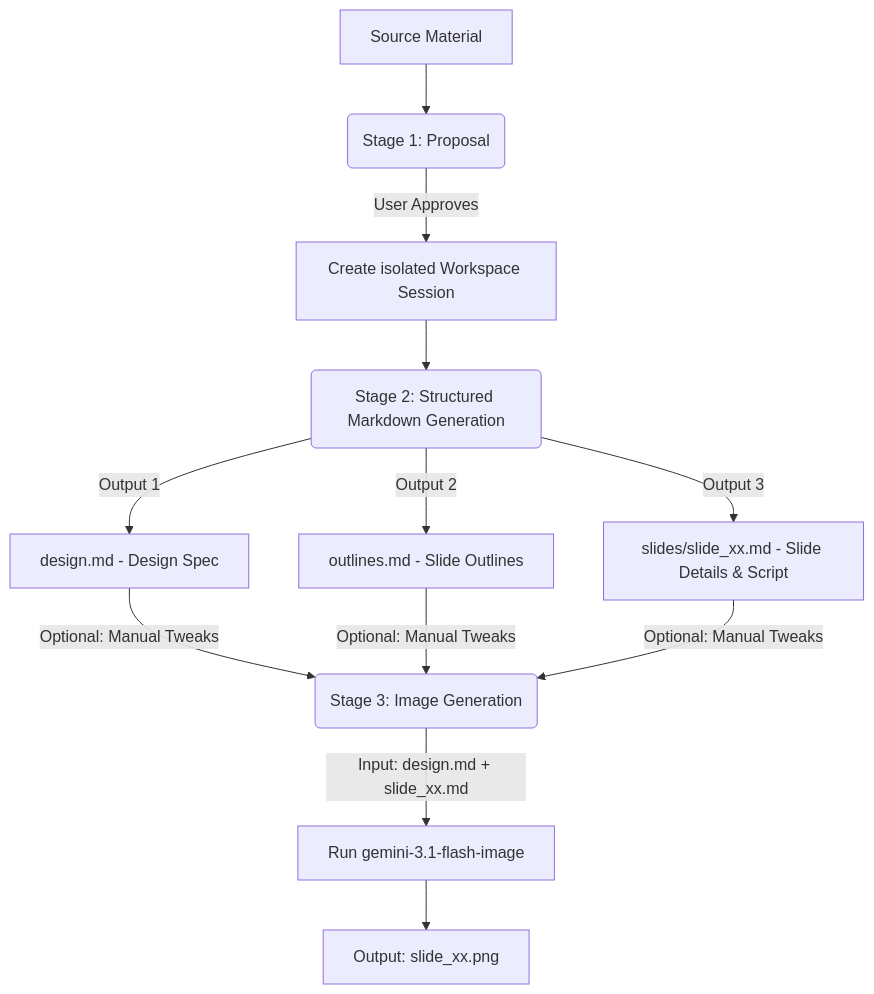
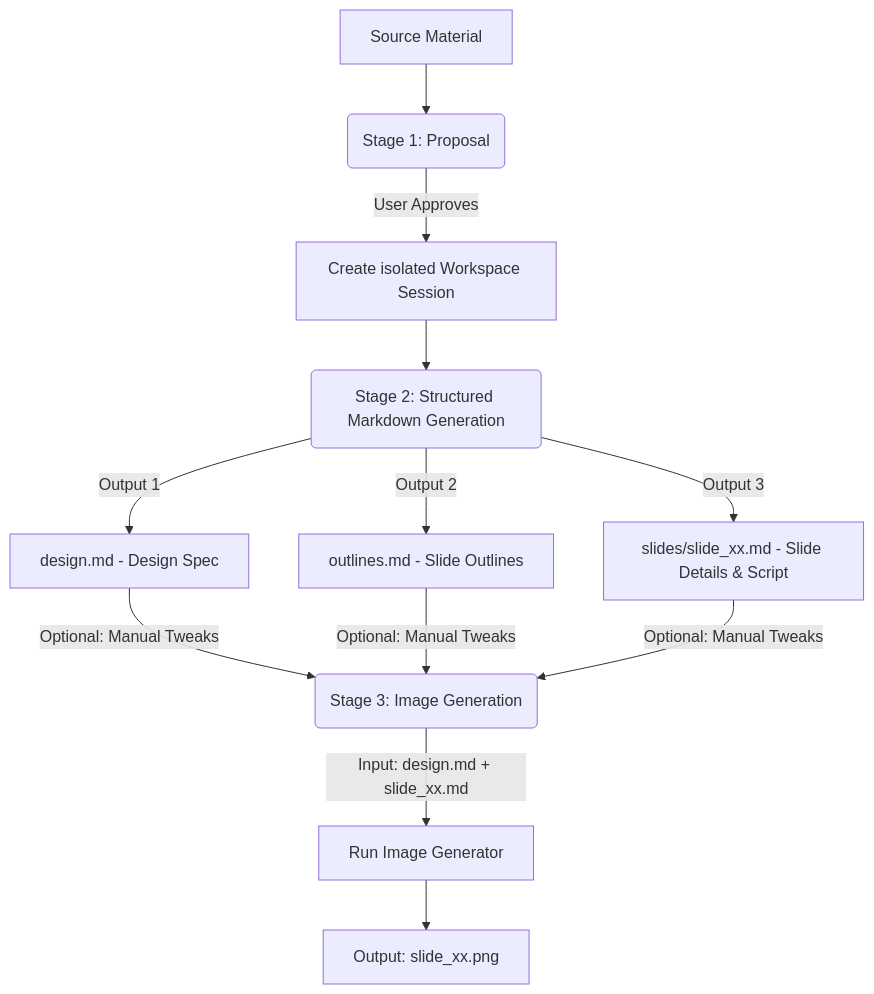
Before and after one commit to sylphlin/slide-gen-agent: the diagram in README.md, drawn with Mermaid. The commit also changed other lines of this file and 4 other files, not shown here.

````diff
--- a/README.md
+++ b/README.md
@@ -15,12 +15,12 @@
 ```mermaid
 graph TD
     A[Source Material] --> B(Stage 1: Proposal)
     B -->|User Approves| C[Create isolated Workspace Session]
     C --> D(Stage 2: Structured Markdown Generation)
     D -->|Output 1| E[design.md - Design Spec]
     D -->|Output 2| F[outlines.md - Slide Outlines]
     D -->|Output 3| G[slides/slide_xx.md - Slide Details & Script]
     E & F & G -->|Optional: Manual Tweaks| I(Stage 3: Image Generation)
-    I -->|Input: design.md + slide_xx.md| J[Run gemini-3.1-flash-image]
+    I -->|Input: design.md + slide_xx.md| J[Run Image Generator]
     J --> K[Output: slide_xx.png]
 ```
````
